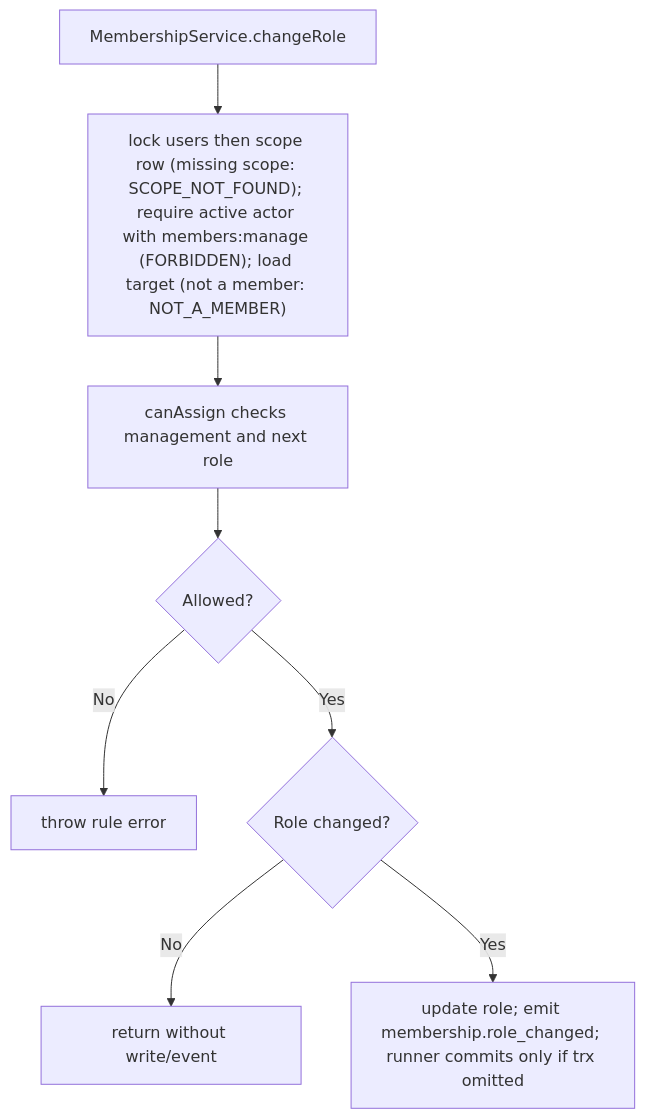
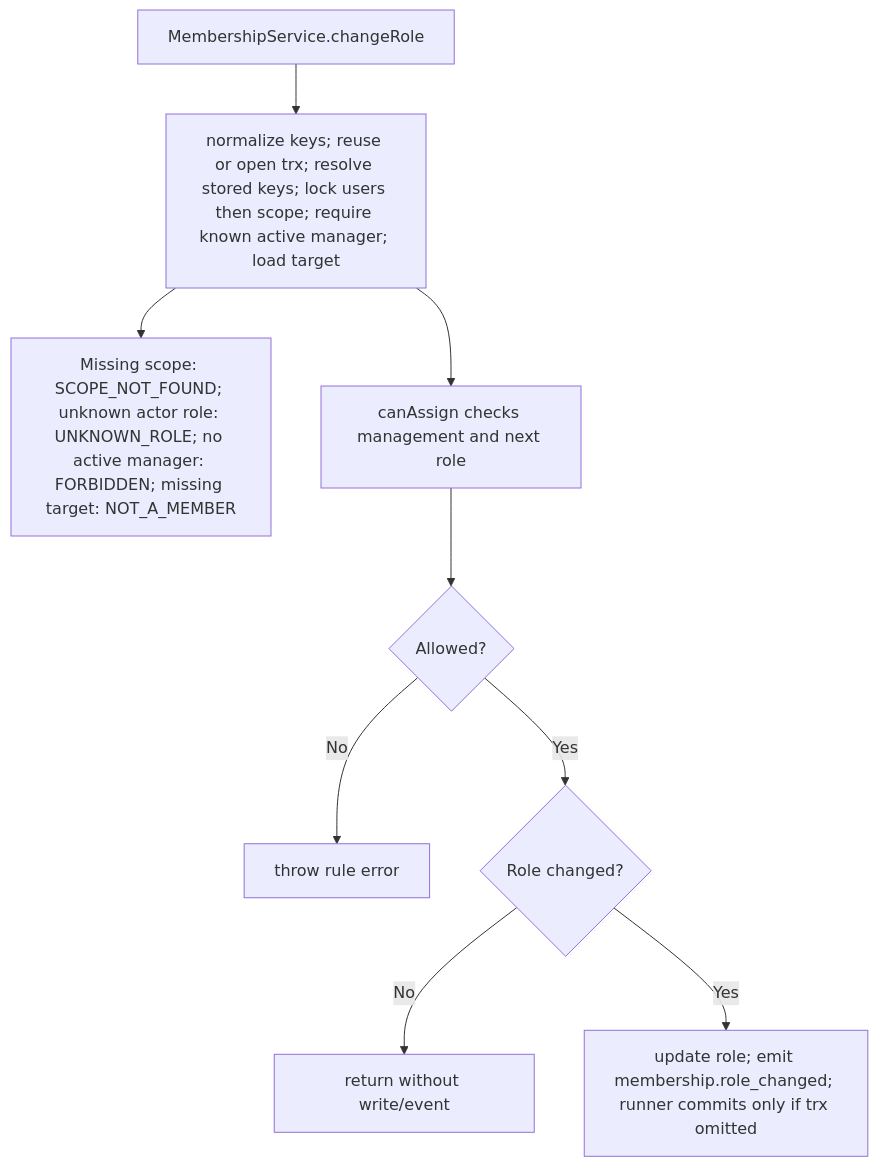
One commit to Kevinjohn/oss-adonisjs-access-control changed the second of 2 diagrams in user-stories/US-ACCESS-04-change-member-role.md. Above: the diagram before and after it, drawn with Mermaid. The commit also changed 31 other files, not shown here.

````diff
--- a/user-stories/US-ACCESS-04-change-member-role.md
+++ b/user-stories/US-ACCESS-04-change-member-role.md
@@ -39,10 +39,11 @@
 ```mermaid
 flowchart TD
-    A["MembershipService.changeRole"] --> B["lock users then scope row (missing scope: SCOPE_NOT_FOUND); require active actor with members:manage (FORBIDDEN); load target (not a member: NOT_A_MEMBER)"]
+    A["MembershipService.changeRole"] --> B["normalize keys; reuse or open trx; resolve stored keys; lock users then scope; require known active manager; load target"]
+    B --> X["Missing scope: SCOPE_NOT_FOUND; unknown actor role: UNKNOWN_ROLE; no active manager: FORBIDDEN; missing target: NOT_A_MEMBER"]
     B --> C["canAssign checks management and next role"]
     C --> D{"Allowed?"}
     D -->|No| E["throw rule error"]
     D -->|Yes| F{"Role changed?"}
     F -->|No| G["return without write/event"]
     F -->|Yes| H["update role; emit membership.role_changed; runner commits only if trx omitted"]
 ```
````
